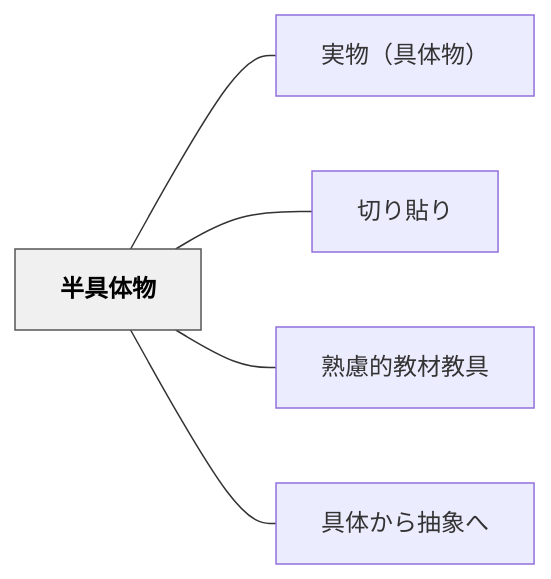
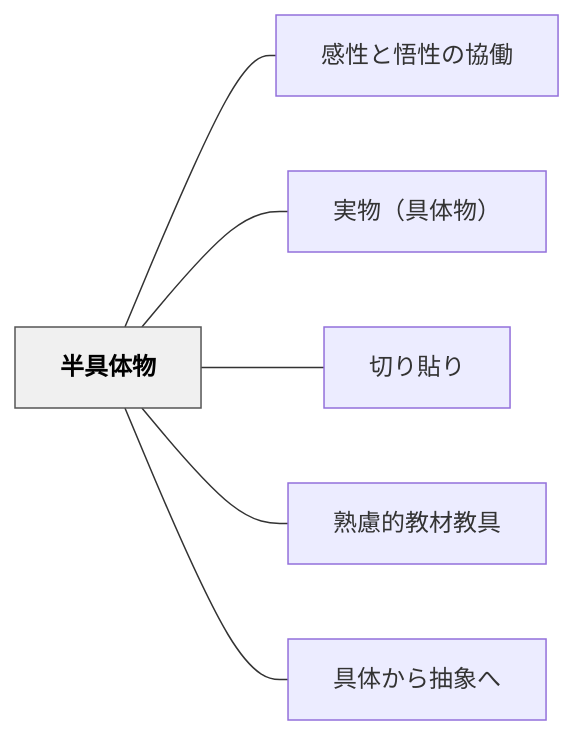
The diagram in content/パタン/半具体物.md (unknownthings-ed-patterns/unknownthings-ed-patterns), drawn with Mermaid before and after one commit. The commit also changed other lines of this file and 18 other files, not shown here.

````diff
--- a/content/パタン/半具体物.md
+++ b/content/パタン/半具体物.md
@@ -53,16 +54,18 @@
 ```mermaid
 flowchart LR
     ne58d8ae585b7e4bd93e789a9["半具体物"]
+    ne6849fe680a7e381a8e6829fe680a7e381aee58d94e5838d["感性と悟性の協働"]
     ne5ae9fe789a9efbc88e585b7e4bd93e789a9efbc89["実物（具体物）"]
     ne58887e3828ae8b2bce3828a["切り貼り"]
     ne7869fe685aee79a84e69599e69d90e69599e585b7["熟慮的教材教具"]
     ne585b7e4bd93e3818be38289e68abde8b1a1e381b8["具体から抽象へ"]
 
+    ne58d8ae585b7e4bd93e789a9 --- ne6849fe680a7e381a8e6829fe680a7e381aee58d94e5838d
     ne58d8ae585b7e4bd93e789a9 --- ne5ae9fe789a9efbc88e585b7e4bd93e789a9efbc89
     ne58d8ae585b7e4bd93e789a9 --- ne58887e3828ae8b2bce3828a
     ne58d8ae585b7e4bd93e789a9 --- ne7869fe685aee79a84e69599e69d90e69599e585b7
     ne58d8ae585b7e4bd93e789a9 --- ne585b7e4bd93e3818be38289e68abde8b1a1e381b8
 
     classDef hub fill:#f0f0f0,stroke:#555,color:#000,font-weight:bold
     class ne58d8ae585b7e4bd93e789a9 hub
 ```
````
